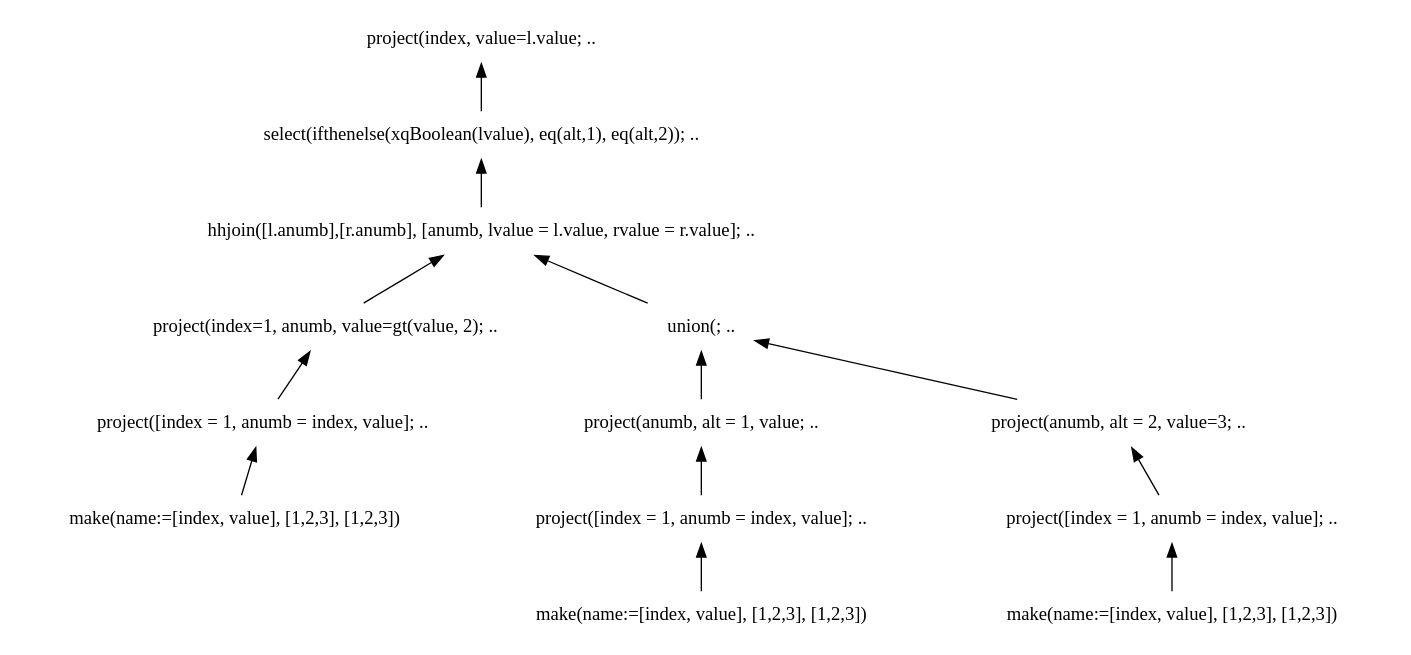
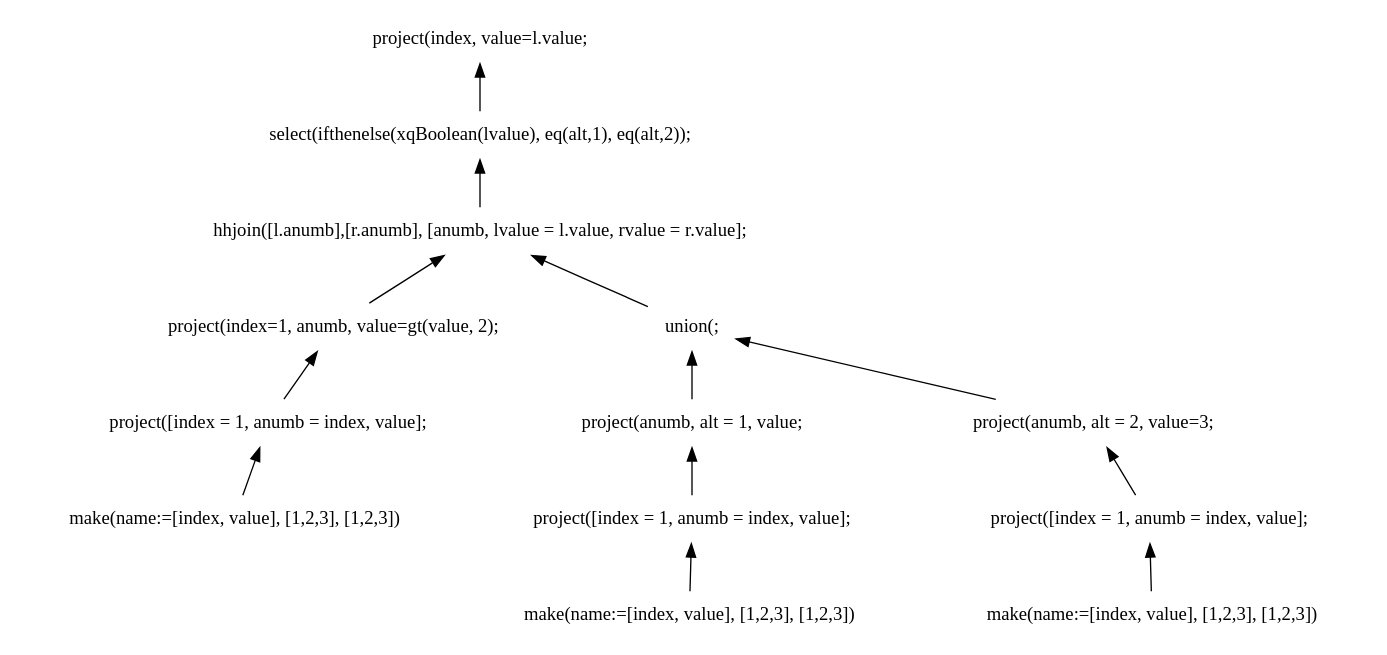
One commit to andrerav/xqft-parser changed the diagram in doc/graph_src/ifthenelse.dot. Above: the diagram before and after it, drawn with Graphviz. The commit also changed 18 other files, not shown here.

```diff
--- a/doc/graph_src/ifthenelse.dot
+++ b/doc/graph_src/ifthenelse.dot
@@ -1,33 +1,33 @@
 digraph AST {
 edge [color=black, dir=both, weight=1, fontcolor=black, fontname=Helvetica, arrowhead=none,arrowtail=normal]
 node [shape=plaintext]
 
 project1231->make1231
 project1232->make1232
 project1233->make1233
 make1231 [label="make(name:=[index, value], [1,2,3], [1,2,3])"]
 make1232 [label="make(name:=[index, value], [1,2,3], [1,2,3])"]
 make1233 [label="make(name:=[index, value], [1,2,3], [1,2,3])"]
-project1231 [label="project([index = 1, anumb = index, value]; .."]
-project1232 [label="project([index = 1, anumb = index, value]; .."]
-project1233 [label="project([index = 1, anumb = index, value]; .."]
+project1231 [label="project([index = 1, anumb = index, value];"]
+project1232 [label="project([index = 1, anumb = index, value];"]
+project1233 [label="project([index = 1, anumb = index, value];"]
 
-project1 [label="project(index, value=l.value; .."]
-project2 [label="project(anumb, alt = 1, value; .."]
-project3 [label="project(anumb, alt = 2, value=3; .."]
-project4 [label=" project(index=1, anumb, value=gt(value, 2); .."]
+project1 [label="project(index, value=l.value;"]
+project2 [label="project(anumb, alt = 1, value;"]
+project3 [label="project(anumb, alt = 2, value=3;"]
+project4 [label=" project(index=1, anumb, value=gt(value, 2);"]
 
-select1 [label="select(ifthenelse(xqBoolean(lvalue), eq(alt,1), eq(alt,2)); .."]
-hhjoin1 [label="hhjoin([l.anumb],[r.anumb], [anumb, lvalue = l.value, rvalue = r.value]; .."]
-union1 [label="union(; .."]
+select1 [label="select(ifthenelse(xqBoolean(lvalue), eq(alt,1), eq(alt,2));"]
+hhjoin1 [label="hhjoin([l.anumb],[r.anumb], [anumb, lvalue = l.value, rvalue = r.value];"]
+union1 [label="union(;"]
 
 project1->select1
   select1->hhjoin1
     hhjoin1->union1
       union1->project2
         project2->project1231
       union1->project3
         project3->project1232
     hhjoin1->project4
       project4->project1233
 }
```
